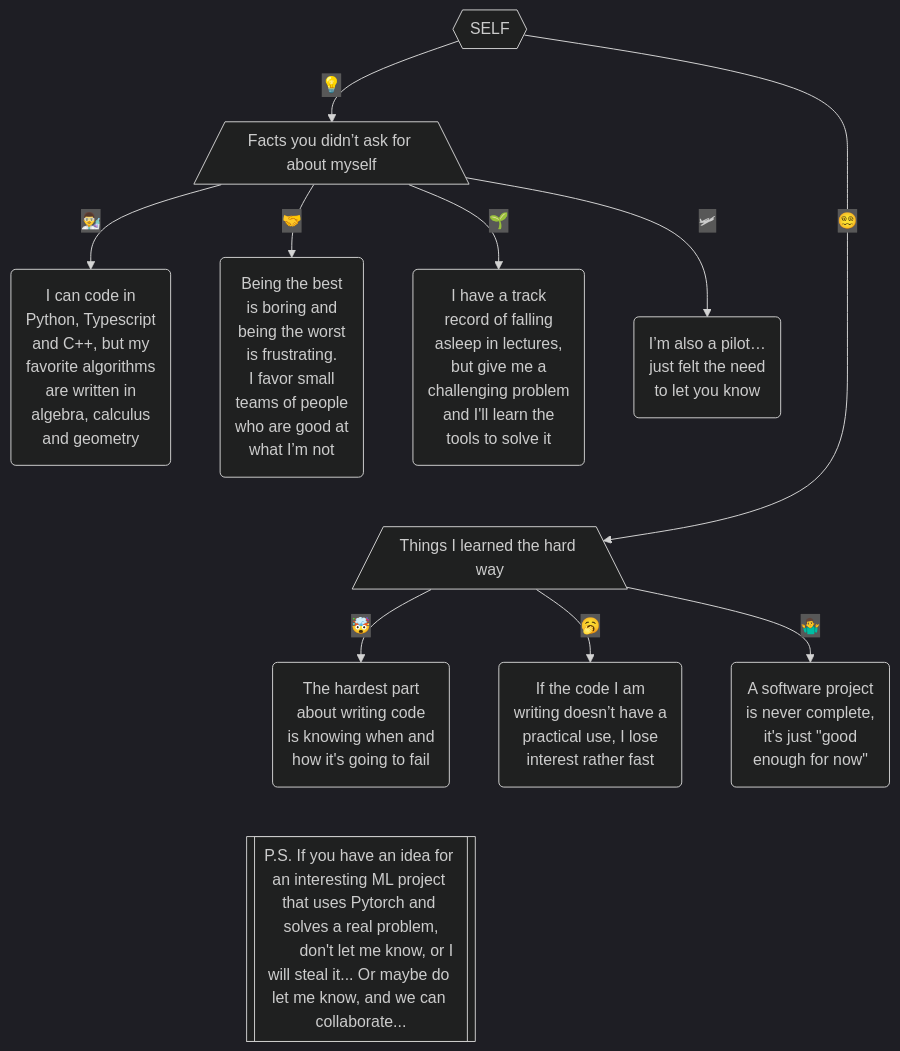
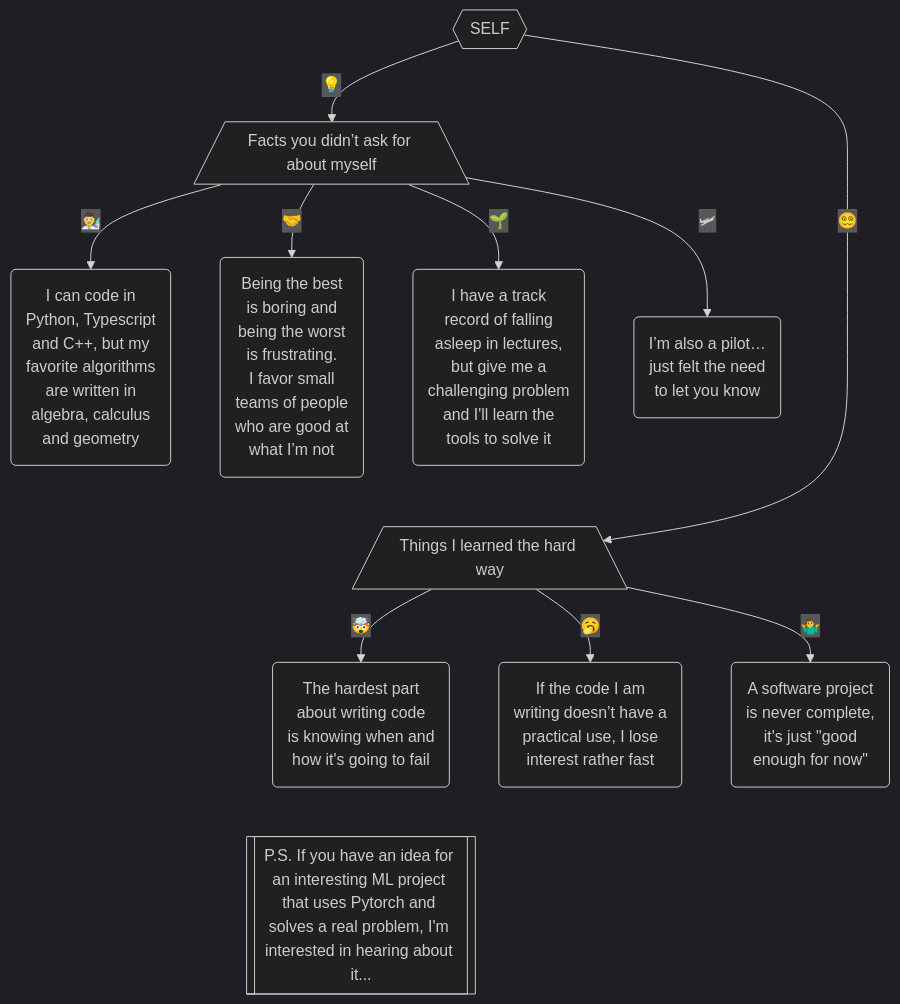
One commit to AndresPradGo/AndresPradGo changed the diagram in README.md. Above: the diagram before and after it, drawn with Mermaid (dark theme). The commit also changed other lines of this file, not shown here.

````diff
--- a/README.md
+++ b/README.md
@@ -5,62 +8,66 @@
 ```mermaid
 graph TD
+
     A{{SELF}} -->|💡| B[/Facts you didn’t ask for about myself\]
-    A -->|😵‍💫| C[/Things I learned the hard way\]
+
     B -->|👨‍🔬| D(
         I can code in
         Python, Typescript
         and C++, but my
         favorite algorithms
         are written in
         algebra, calculus
         and geometry
     )
     B -->|🤝| E(
         Being the best
         is boring and
         being the worst
         is frustrating.
         I favor small
         teams of people
         who are good at
         what I’m not
     )
     B -->|🌱| F(
         I have a track
         record of falling
         asleep in lectures,
         but give me a
         challenging problem
         and I'll learn the
         tools to solve it
     )
     B -->|🛩| G(
         I’m also a pilot…
         just felt the need
         to let you know
     )
+
+    A -->|😵‍💫| C[/Things I learned the hard way\]
+
     C -->|🤯| H(
         The hardest part
         about writing code
         is knowing when and
         how it's going to fail
     )
     C -->|🥱| I(
         If the code I am
         writing doesn’t have a
         practical use, I lose
         interest rather fast
     )
     C -->|🤷‍♂️| J(
         A software project
         is never complete,
         it's just #quot;good
         enough for now#quot;
     )
-    E ~~~ C
+
     H ~~~ K[[
-        P.S. If you have an idea for an interesting ML project that uses Pytorch and solves a real problem,
-        don't let me know, or I will steal it... Or maybe do let me know, and we can collaborate...
+        P.S. If you have an idea for an interesting ML project that uses Pytorch and solves a real problem, I'm interested in hearing about it...
     ]]
 
+    E ~~~ C
 ```
````
